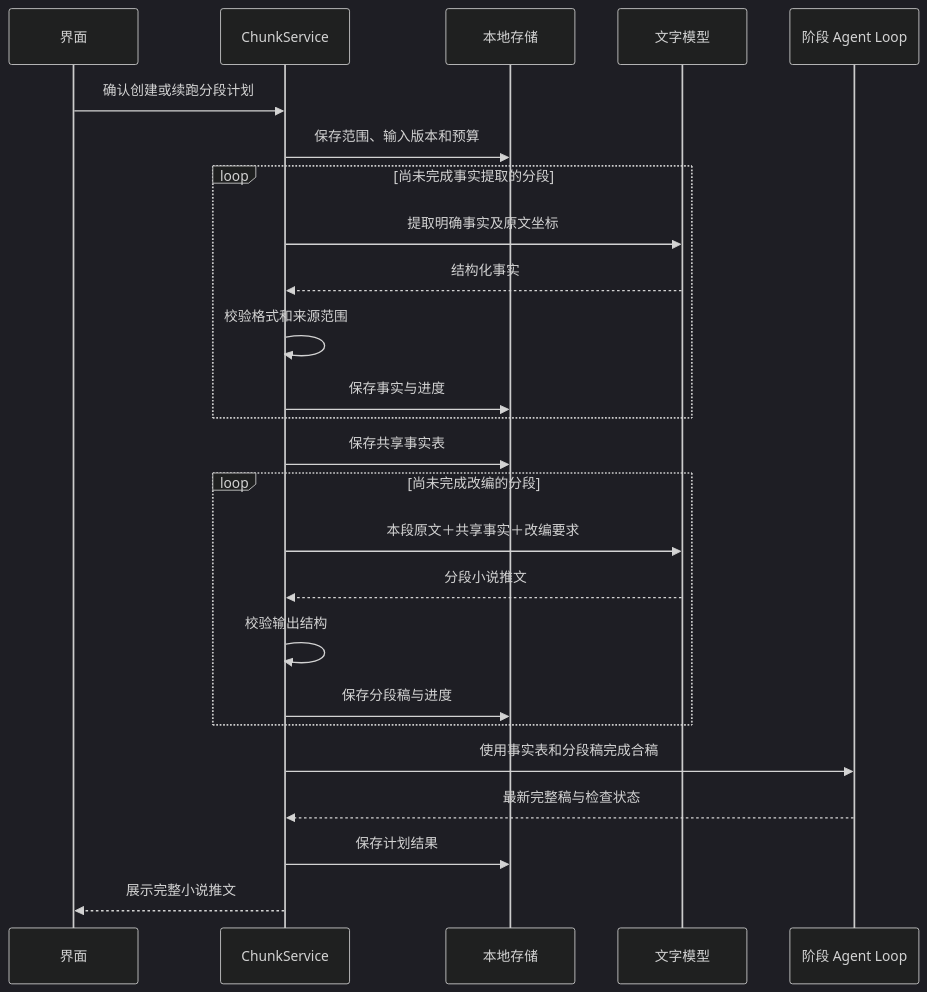
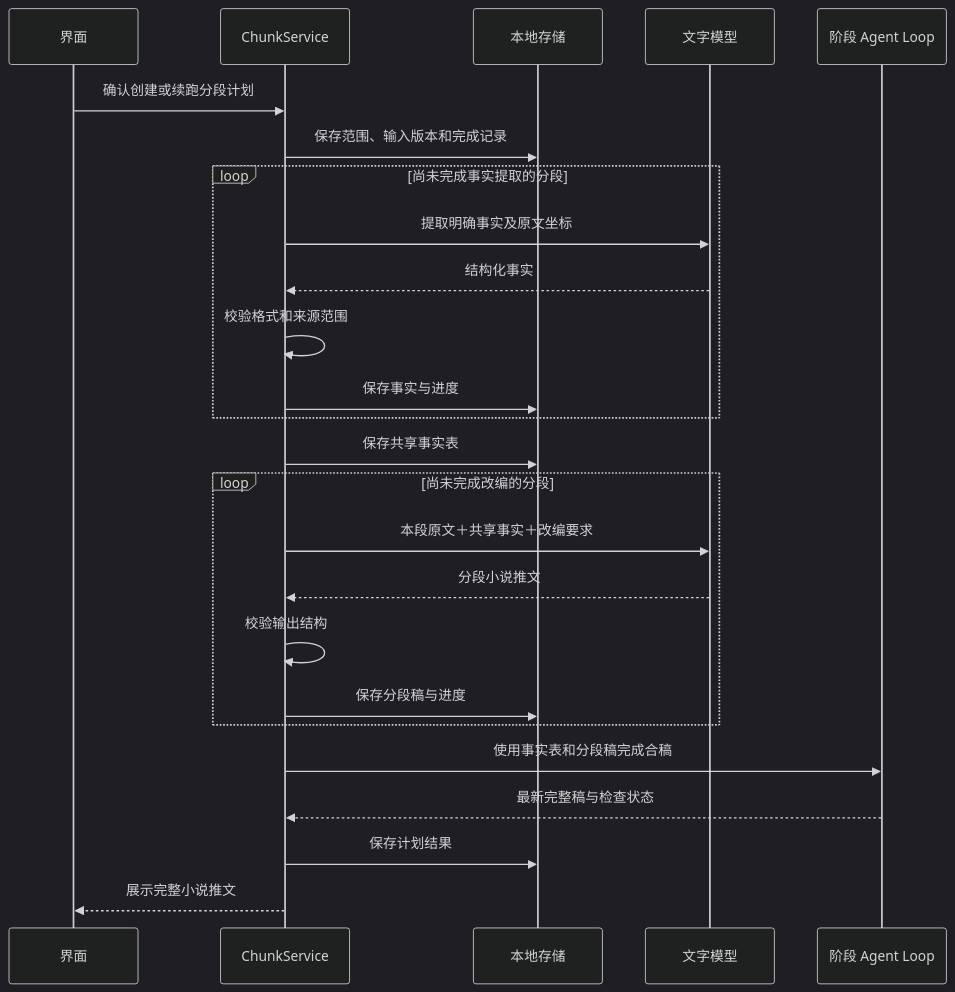
Before and after one commit to thisHobart/NovelWriter: the fourth of 5 diagrams in docs/short_video/architecture.md, drawn with Mermaid (dark theme). The commit also changed other lines of this file and 58 other files, not shown here.

````diff
--- a/docs/short_video/architecture.md
+++ b/docs/short_video/architecture.md
@@ -195,27 +208,27 @@
 ```mermaid
 sequenceDiagram
     participant UI as 界面
     participant B as ChunkService
     participant S as 本地存储
     participant M as 文字模型
     participant A as 阶段 Agent Loop
     UI->>B: 确认创建或续跑分段计划
-    B->>S: 保存范围、输入版本和预算
+    B->>S: 保存范围、输入版本和完成记录
     loop 尚未完成事实提取的分段
         B->>M: 提取明确事实及原文坐标
         M-->>B: 结构化事实
         B->>B: 校验格式和来源范围
         B->>S: 保存事实与进度
     end
     B->>S: 保存共享事实表
     loop 尚未完成改编的分段
         B->>M: 本段原文＋共享事实＋改编要求
         M-->>B: 分段小说推文
         B->>B: 校验输出结构
         B->>S: 保存分段稿与进度
     end
     B->>A: 使用事实表和分段稿完成合稿
     A-->>B: 最新完整稿与检查状态
     B->>S: 保存计划结果
     B-->>UI: 展示完整小说推文
 ```
````
